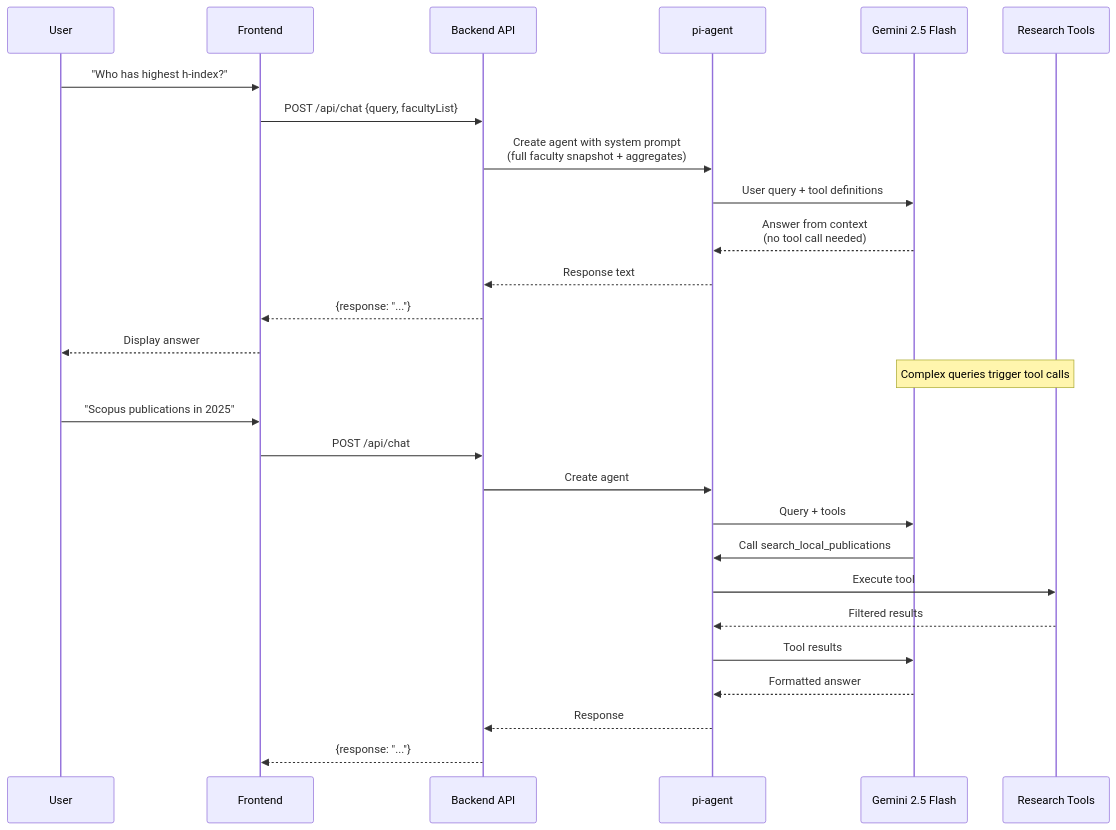
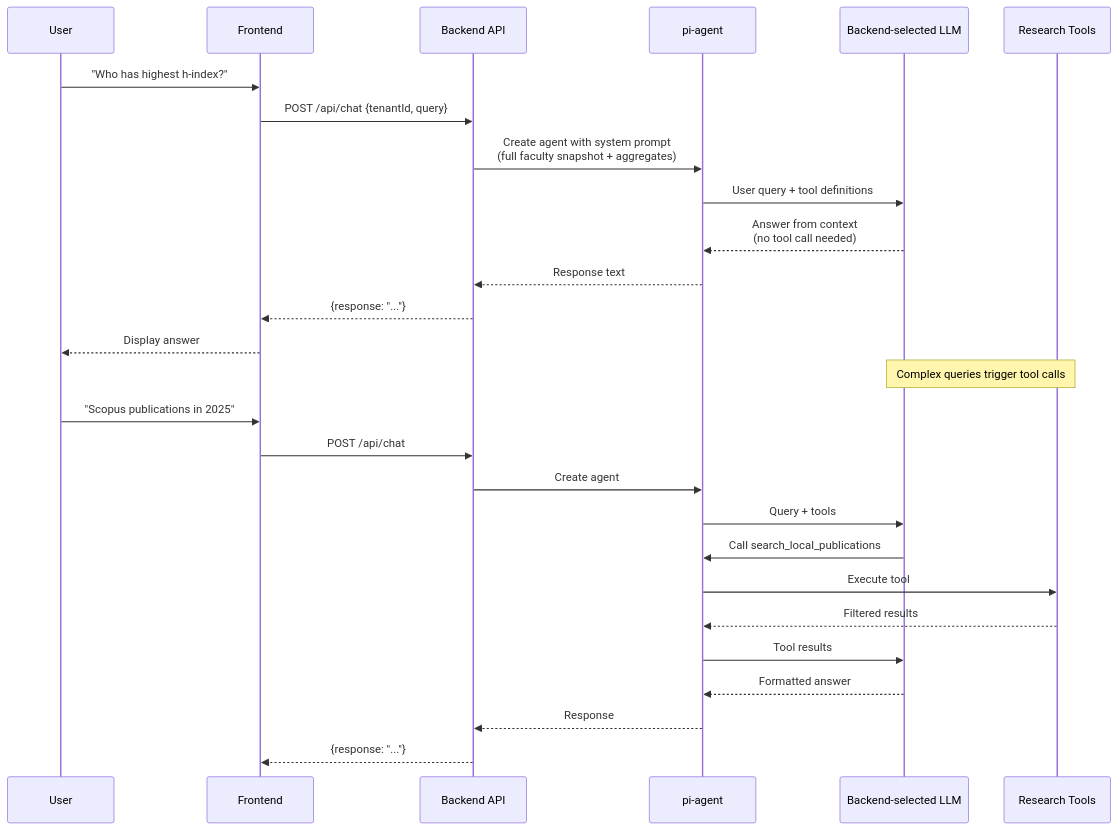
The second of 3 diagrams in README.md (SZabolotnii/ORCID-OpenAlex-Research-Aggregator), drawn with Mermaid before and after one commit. The commit also changed other lines of this file and 20 other files, not shown here.

Commit message:
Harden tenant flows and add OpenRouter provider support

````diff
--- a/README.md
+++ b/README.md
@@ -88,32 +88,32 @@
 ```mermaid
 sequenceDiagram
     participant U as User
     participant F as Frontend
     participant B as Backend API
     participant A as pi-agent
-    participant G as Gemini 2.5 Flash
+    participant G as Backend-selected LLM
     participant T as Research Tools
 
     U->>F: "Who has highest h-index?"
-    F->>B: POST /api/chat {query, facultyList}
+    F->>B: POST /api/chat {tenantId, query}
     B->>A: Create agent with system prompt<br/>(full faculty snapshot + aggregates)
     A->>G: User query + tool definitions
     G-->>A: Answer from context<br/>(no tool call needed)
     A-->>B: Response text
     B-->>F: {response: "..."}
     F-->>U: Display answer
 
     Note over G,T: Complex queries trigger tool calls
 
     U->>F: "Scopus publications in 2025"
     F->>B: POST /api/chat
     B->>A: Create agent
     A->>G: Query + tools
     G->>A: Call search_local_publications
     A->>T: Execute tool
     T-->>A: Filtered results
     A->>G: Tool results
     G-->>A: Formatted answer
     A-->>B: Response
     B-->>F: {response: "..."}
 ```
````
